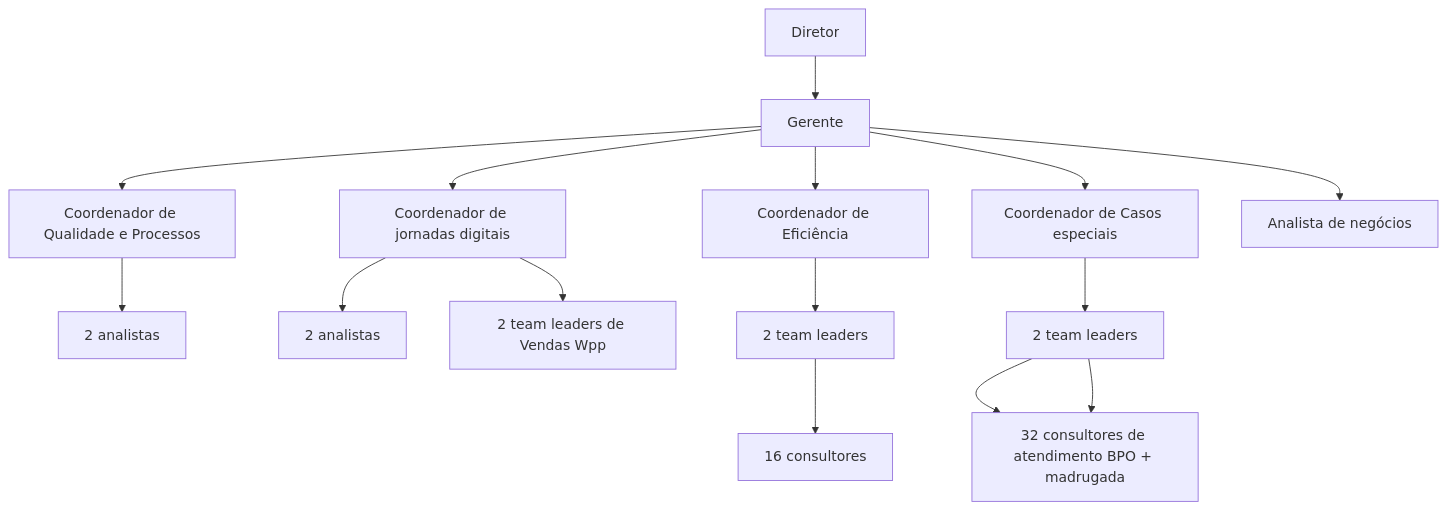
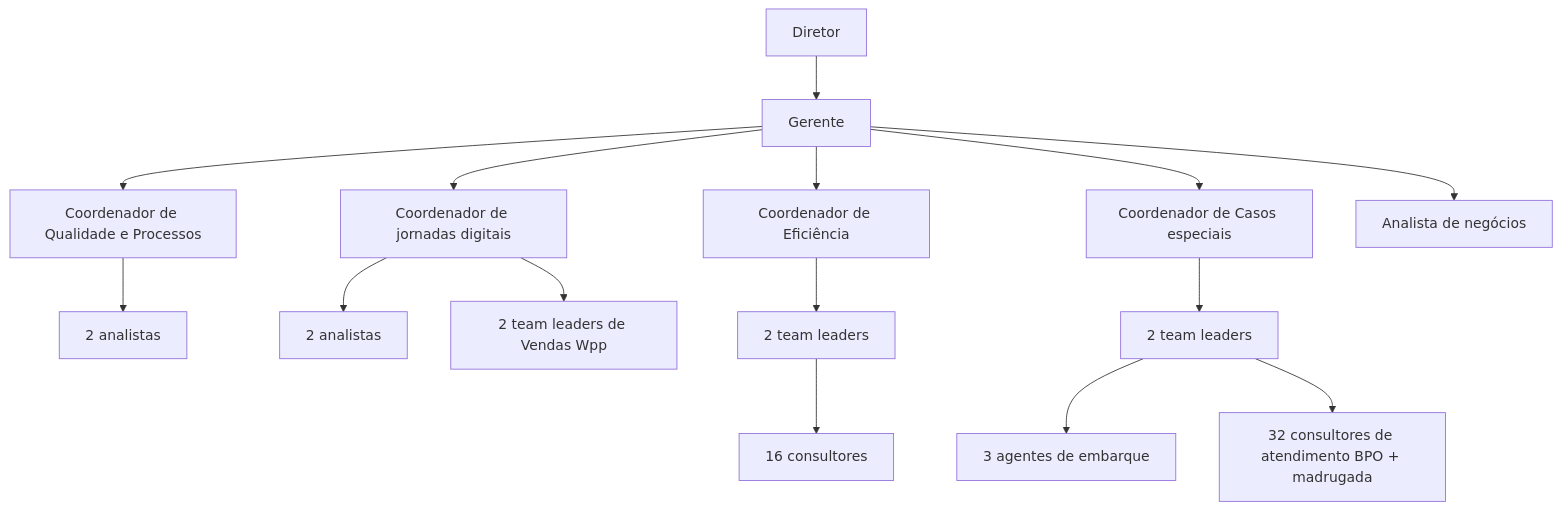
The diagram in README.md (enolialcantara-ux/org-chart-bx), drawn with Mermaid before and after one commit.

````diff
--- a/README.md
+++ b/README.md
@@ -1,18 +1,18 @@
 ```mermaid
 flowchart TD
     CEO[Diretor] --> GER[Gerente]
     GER --> C1[Coordenador de Qualidade e Processos]
     GER --> C2[Coordenador de jornadas digitais]
     GER --> C3[Coordenador de Eficiência]
     GER --> C4[Coordenador de Casos especiais]
     GER --> C5[Analista de negócios]
     C1 --> A1[2 analistas]
     C2 --> A2[2 analistas]
     C2 --> A3[2 team leaders de Vendas Wpp]
     C3 --> A4[2 team leaders]
     C4 --> A5[2 team leaders]
     A4 --> D1[16 consultores]
     A5 --> D2[3 agentes de embarque]
-    A5 --> D2[32 consultores de atendimento BPO + madrugada]
+    A5 --> D3[32 consultores de atendimento BPO + madrugada]
     
 ```
````
